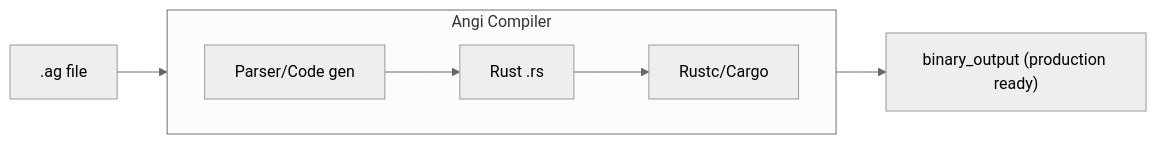
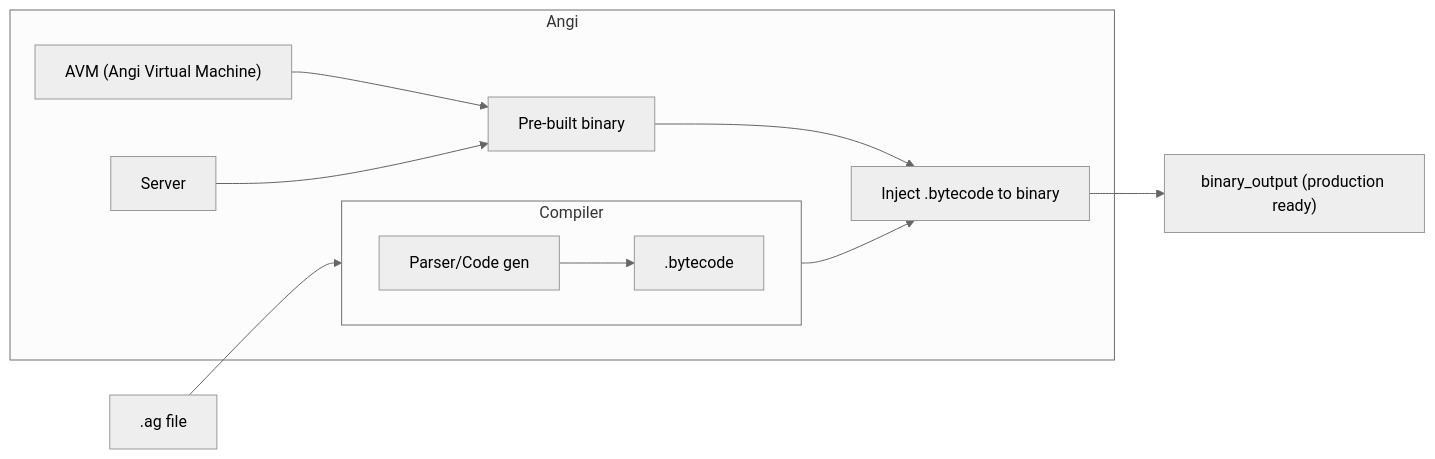
Before and after one commit to nhat-tien/angi: the diagram in README.md, drawn with Mermaid (neutral theme). The commit also changed other lines of this file and 12 other files, not shown here.

````diff
--- a/README.md
+++ b/README.md
@@ -18,13 +18,22 @@
 ```mermaid
 flowchart LR
- subgraph s1["Angi Compiler"]
+ subgraph s1["Compiler"]
     direction LR
         n4["Parser/Code gen"]
-        n5["Rust .rs"]
-        n6["Rustc/Cargo"]
+        n8[".bytecode"]
+  end
+ subgraph s2["Angi"]
+        s1
+        n9["AVM (Angi Virtual Machine)"]
+        n10["Server"]
+        n11["Pre-built binary"]
+        n12["Inject .bytecode to binary"]
   end
     A[".ag file"] --> s1
-    n4 --> n5
-    n5 --> n6
-    s1 --> n1["binary_output (production ready)"]
+    n4 --> n8
+    n9 --> n11
+    n10 --> n11
+    n11 --> n12
+    s1 --> n12
+    n12 --> n1["binary_output (production ready)"]
 ```
````
